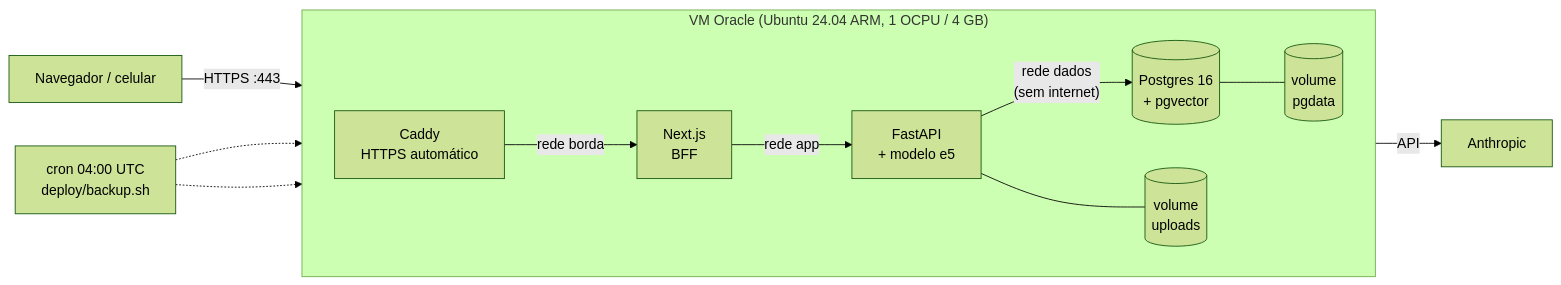
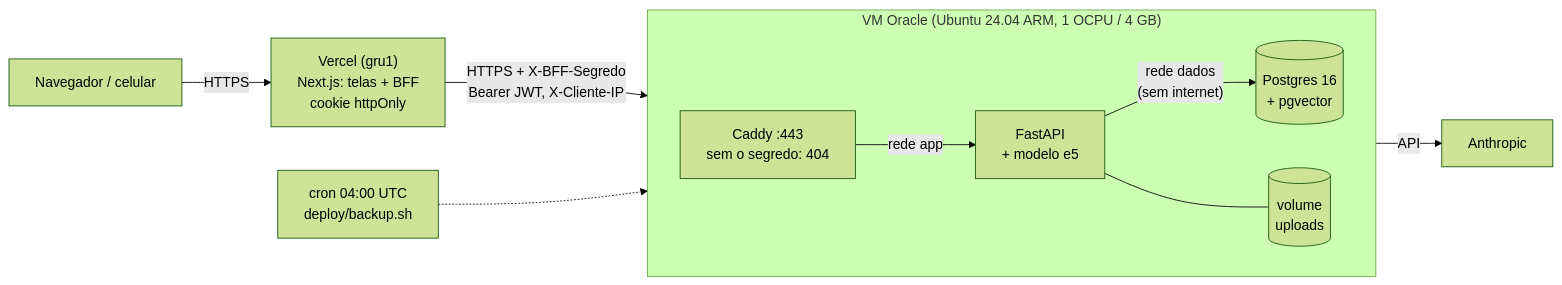
One commit to bergols/estuda-ai changed the diagram in docs/deploy.md. Above: the diagram before and after it, drawn with Mermaid (forest theme). The commit also changed other lines of this file and 9 other files, not shown here.

First line of the commit message:
feat(deploy): frontend na Vercel + API e banco na VM Oracle

````diff
--- a/docs/deploy.md
+++ b/docs/deploy.md
@@ -46,15 +52,13 @@
 ```mermaid
 flowchart LR
-    U["Navegador / celular"] -- "HTTPS :443" --> C
+    U["Navegador / celular"] -- "HTTPS" --> V["Vercel (gru1)<br/>Next.js: telas + BFF<br/>cookie httpOnly"]
+    V -- "HTTPS + X-BFF-Segredo<br/>Bearer JWT, X-Cliente-IP" --> C
     subgraph VM["VM Oracle (Ubuntu 24.04 ARM, 1 OCPU / 4 GB)"]
         direction LR
-        C["Caddy<br/>HTTPS automático"] -- "rede borda" --> N["Next.js<br/>BFF"]
-        N -- "rede app" --> B["FastAPI<br/>+ modelo e5"]
+        C["Caddy :443<br/>sem o segredo: 404"] -- "rede app" --> B["FastAPI<br/>+ modelo e5"]
         B -- "rede dados<br/>(sem internet)" --> P[("Postgres 16<br/>+ pgvector")]
         B --- V1[("volume<br/>uploads")]
-        P --- V2[("volume<br/>pgdata")]
     end
     B -- "API" --> A["Anthropic"]
     CR["cron 04:00 UTC<br/>deploy/backup.sh"] -.-> P
-    CR -.-> V1
 ```
````
